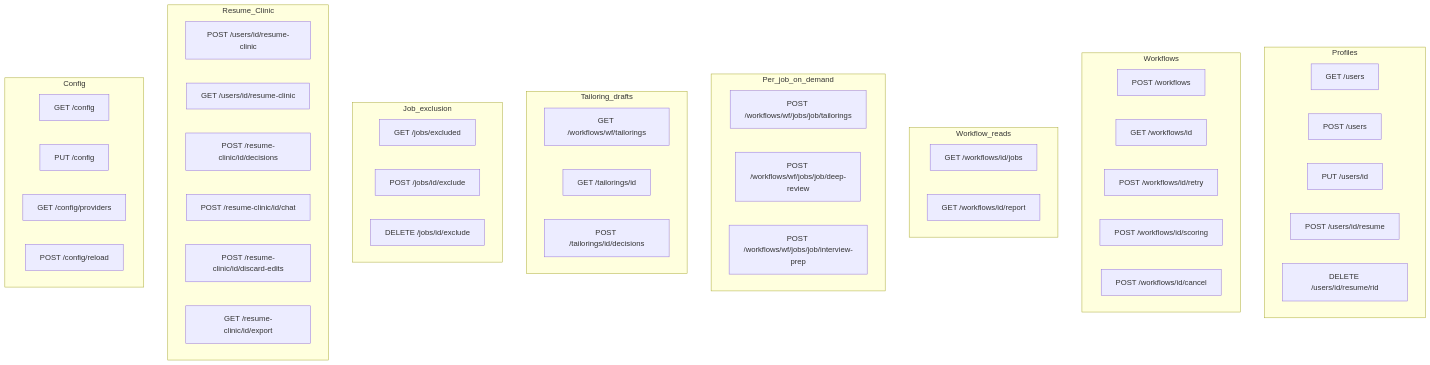
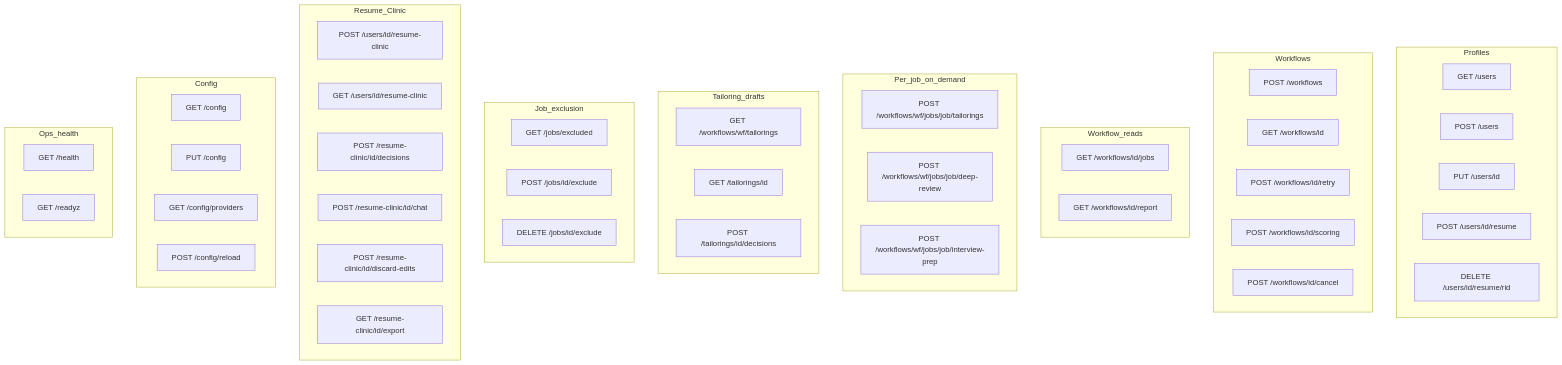
The diagram in docs/architecture/api_surface_overview.md (suthrams/jobsearchagent-v2), drawn with Mermaid before and after one commit. The commit also changed other lines of this file and 18 other files, not shown here.

````diff
--- a/docs/architecture/api_surface_overview.md
+++ b/docs/architecture/api_surface_overview.md
@@ -25,57 +25,62 @@
 ```mermaid
 flowchart TB
     subgraph Profiles
         p1[GET /users]
         p2[POST /users]
         p3[PUT /users/id]
         p4[POST /users/id/resume]
         p5[DELETE /users/id/resume/rid]
     end
 
     subgraph Workflows
         w1[POST /workflows]
         w2[GET /workflows/id]
         w3[POST /workflows/id/retry]
         w4[POST /workflows/id/scoring]
         w5[POST /workflows/id/cancel]
     end
 
     subgraph Workflow_reads
         r1[GET /workflows/id/jobs]
         r2[GET /workflows/id/report]
     end
 
     subgraph Per_job_on_demand
         d1[POST /workflows/wf/jobs/job/tailorings]
         d2[POST /workflows/wf/jobs/job/deep-review]
         d3[POST /workflows/wf/jobs/job/interview-prep]
     end
 
     subgraph Tailoring_drafts
         t1[GET /workflows/wf/tailorings]
         t2[GET /tailorings/id]
         t3[POST /tailorings/id/decisions]
     end
 
     subgraph Job_exclusion
         j1[GET /jobs/excluded]
         j2[POST /jobs/id/exclude]
         j3[DELETE /jobs/id/exclude]
     end
 
     subgraph Resume_Clinic
         c1[POST /users/id/resume-clinic]
         c2[GET /users/id/resume-clinic]
         c3[POST /resume-clinic/id/decisions]
         c4[POST /resume-clinic/id/chat]
         c5[POST /resume-clinic/id/discard-edits]
         c6[GET /resume-clinic/id/export]
     end
 
     subgraph Config
         f1[GET /config]
         f2[PUT /config]
         f3[GET /config/providers]
         f4[POST /config/reload]
     end
+
+    subgraph Ops_health
+        o1[GET /health]
+        o2[GET /readyz]
+    end
 ```
````
